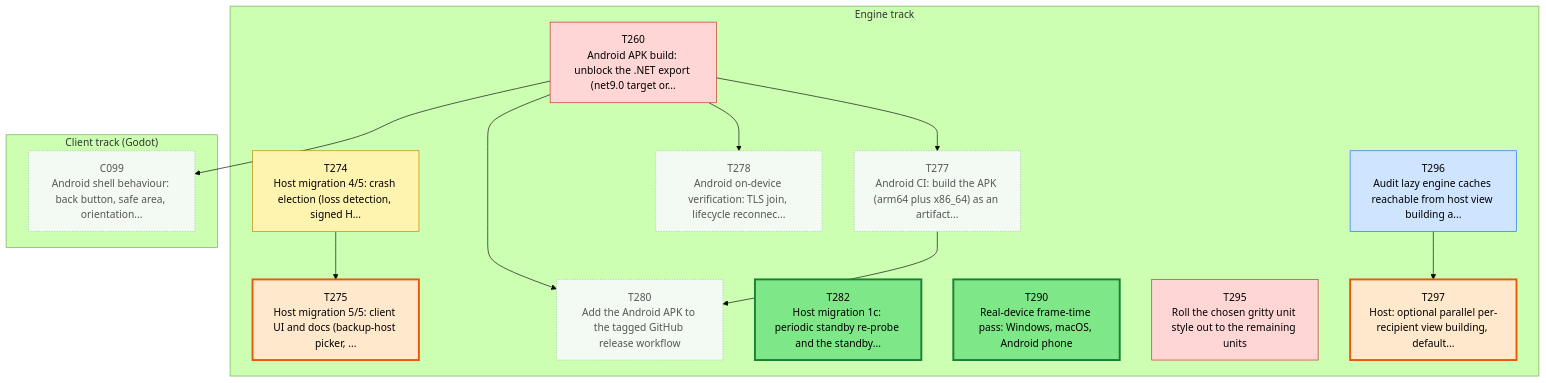
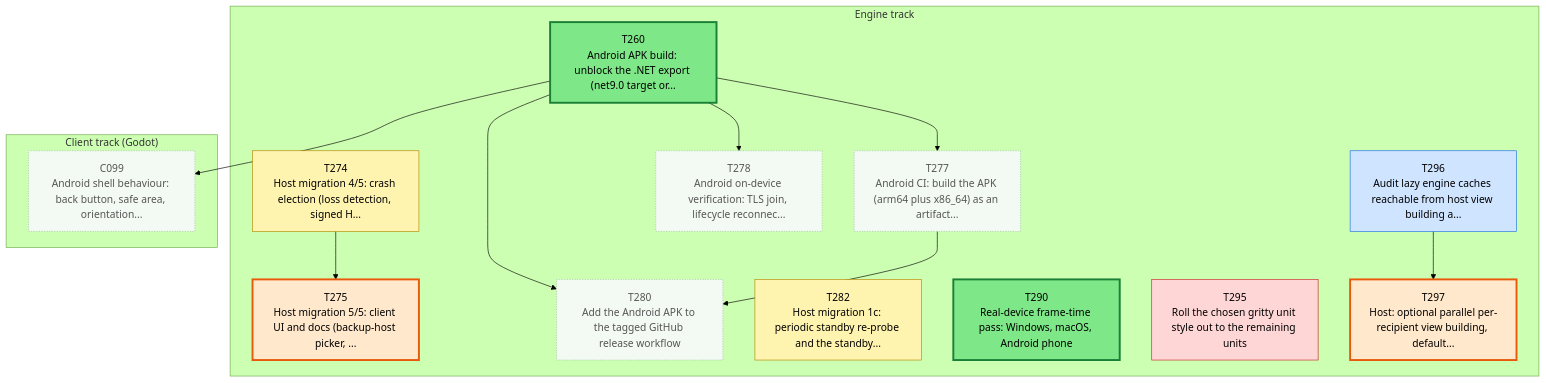
One commit to Kenmura/Unciv changed the first of 3 diagrams in csharp/migration/DEPENDENCY_MAP.md. Above: the diagram before and after it, drawn with Mermaid (forest theme). The commit also changed other lines of this file and 1 other file, not shown here.

````diff
--- a/csharp/migration/DEPENDENCY_MAP.md
+++ b/csharp/migration/DEPENDENCY_MAP.md
@@ -35,45 +35,45 @@
 ```mermaid
 flowchart TD
   subgraph TTRACK["Engine track"]
     T260["T260<br/>Android APK build: unblock the .NET export (net9.0 target or..."]
     T274["T274<br/>Host migration 4/5: crash election (loss detection, signed H..."]
     T275["T275<br/>Host migration 5/5: client UI and docs (backup-host picker, ..."]
     T277["T277<br/>Android CI: build the APK (arm64 plus x86_64) as an artifact..."]
     T278["T278<br/>Android on-device verification: TLS join, lifecycle reconnec..."]
     T280["T280<br/>Add the Android APK to the tagged GitHub release workflow"]
     T282["T282<br/>Host migration 1c: periodic standby re-probe and the standby..."]
     T290["T290<br/>Real-device frame-time pass: Windows, macOS, Android phone"]
     T295["T295<br/>Roll the chosen gritty unit style out to the remaining units"]
     T296["T296<br/>Audit lazy engine caches reachable from host view building a..."]
     T297["T297<br/>Host: optional parallel per-recipient view building, default..."]
   end
   subgraph CTRACK["Client track (Godot)"]
     C099["C099<br/>Android shell behaviour: back button, safe area, orientation..."]
   end
   T274 --> T275
   T260 --> T277
   T260 --> T278
   T260 --> T280
   T277 --> T280
   T296 --> T297
   T260 --> C099
   classDef waiting fill:#f3faf3,stroke:#9bc49b,color:#555,stroke-dasharray:2 2
   classDef ondeck fill:#ffe8cc,stroke:#e8590c,stroke-width:3px,color:#000
   classDef ready fill:#7ee787,stroke:#1a7f37,stroke-width:3px,color:#000
   classDef prog fill:#fff3b0,stroke:#b58900,color:#000
   classDef review fill:#cfe4ff,stroke:#1f6feb,color:#000
   classDef blocked fill:#ffd6d6,stroke:#c62828,color:#000
   classDef done fill:#eeeeee,stroke:#999999,color:#666,stroke-dasharray:4 3
   class C099 waiting
-  class T260 blocked
+  class T260 ready
   class T274 prog
   class T275 ondeck
   class T277 waiting
   class T278 waiting
   class T280 waiting
-  class T282 ready
+  class T282 prog
   class T290 ready
   class T295 blocked
   class T296 review
   class T297 ondeck
 ```
````
